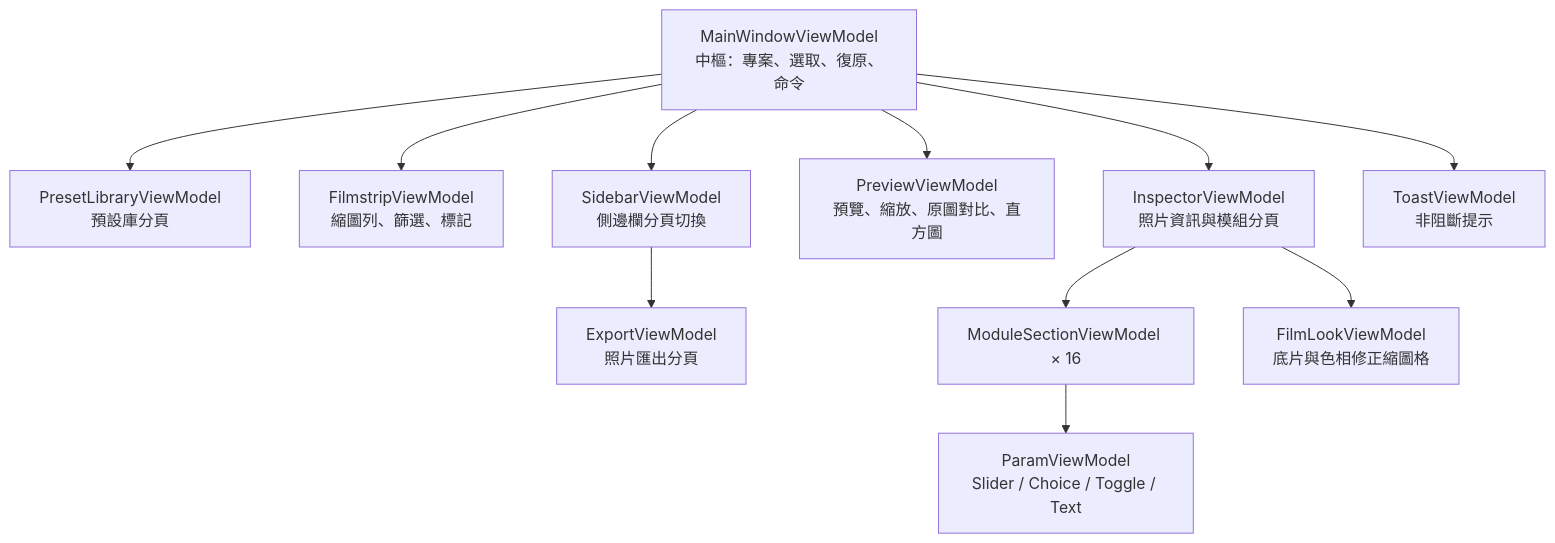
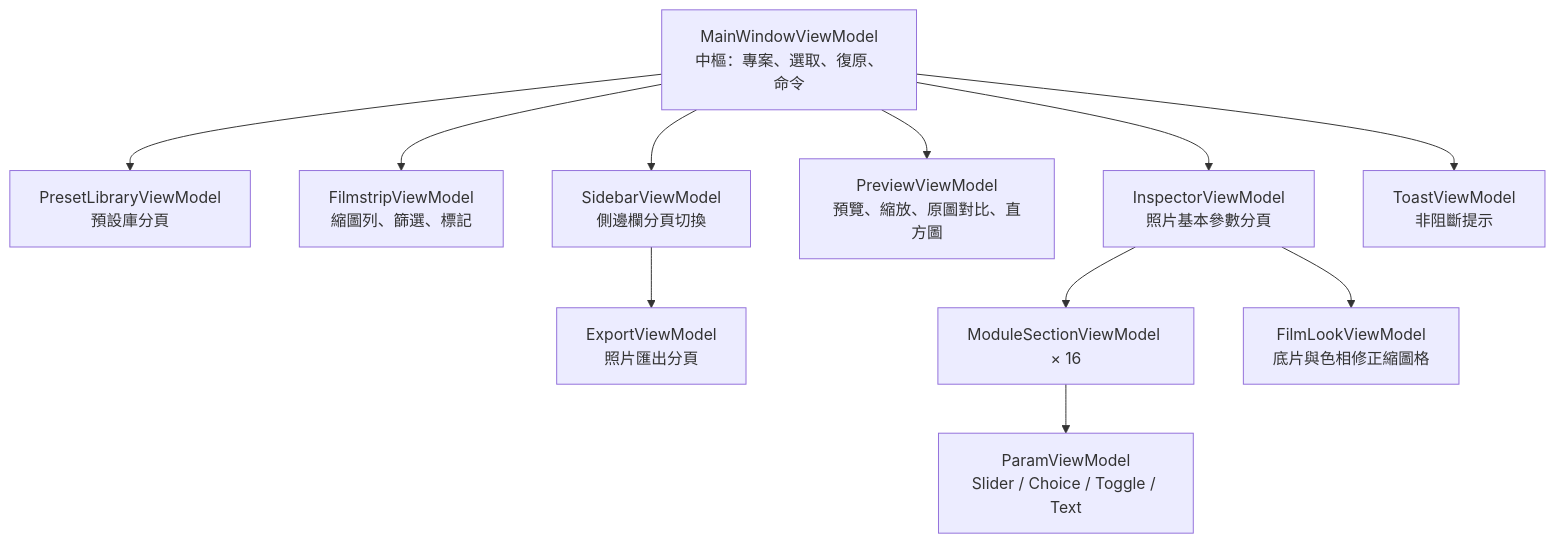
Before and after one commit to minexo79/FilmBatch: the fifth of 5 diagrams in docs/architecture.md, drawn with Mermaid. The commit also changed 9 other files, not shown here.

````diff
--- a/docs/architecture.md
+++ b/docs/architecture.md
@@ -367,14 +367,14 @@
 ```mermaid
 flowchart TB
     MW["MainWindowViewModel<br/>中樞：專案、選取、復原、命令"]
     MW --> PL["PresetLibraryViewModel<br/>預設庫分頁"]
     MW --> FS["FilmstripViewModel<br/>縮圖列、篩選、標記"]
-    MW --> IN["InspectorViewModel<br/>照片資訊與模組分頁"]
+    MW --> IN["InspectorViewModel<br/>照片基本參數分頁"]
     MW --> PV["PreviewViewModel<br/>預覽、縮放、原圖對比、直方圖"]
     MW --> SB["SidebarViewModel<br/>側邊欄分頁切換"]
     MW --> TO["ToastViewModel<br/>非阻斷提示"]
     SB --> EX["ExportViewModel<br/>照片匯出分頁"]
     IN --> MS["ModuleSectionViewModel × 16"]
     MS --> PA["ParamViewModel<br/>Slider / Choice / Toggle / Text"]
     IN --> FL["FilmLookViewModel<br/>底片與色相修正縮圖格"]
 ```
````
